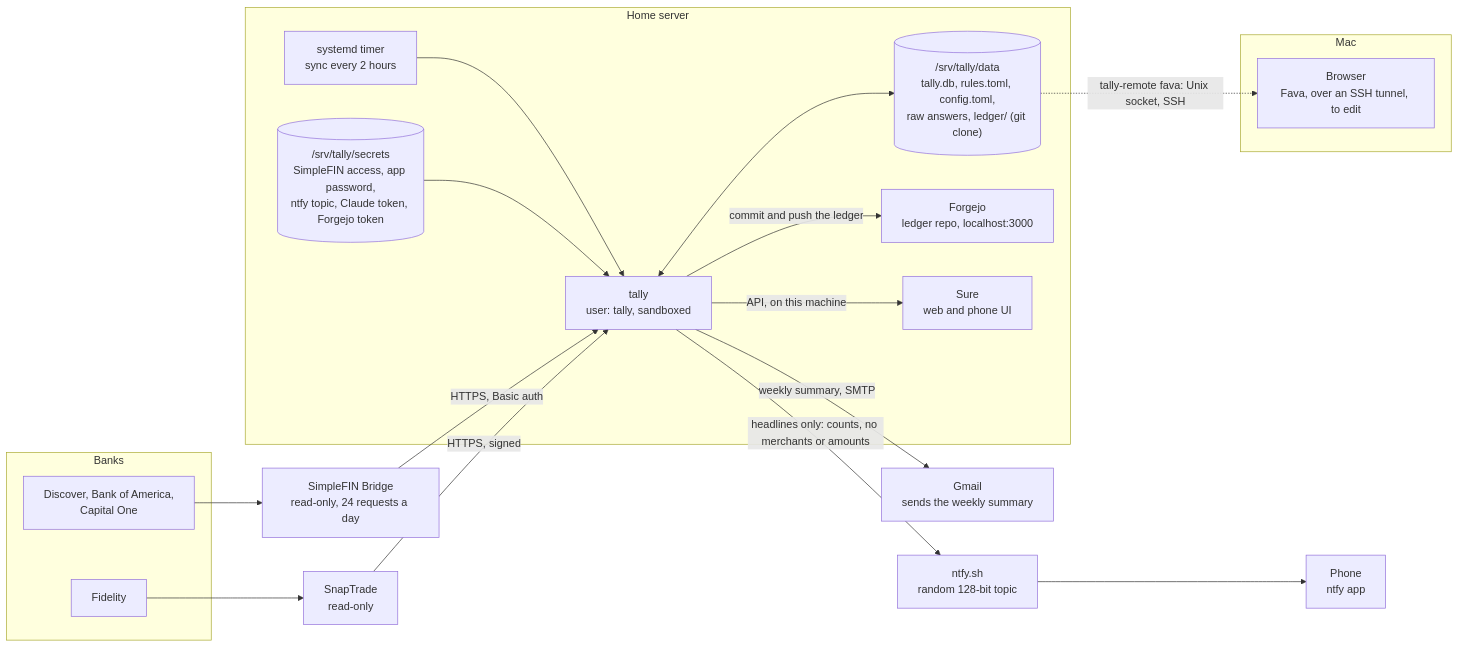
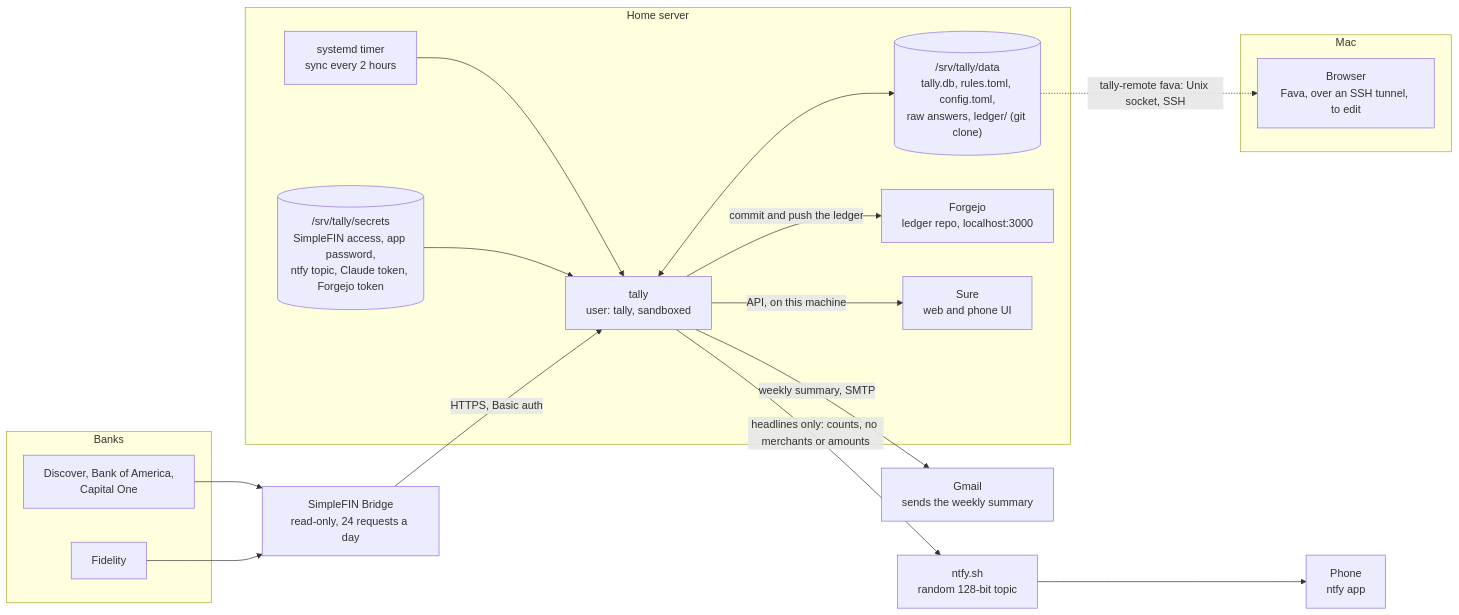
One commit to vmenon04/tally changed the first of 6 diagrams in docs/architecture.md. Above: the diagram before and after it, drawn with Mermaid. The commit also changed other lines of this file and 11 other files, not shown here.

Commit message:
Remove SnapTrade, now that SimpleFIN gives Fidelity's holdings

````diff
--- a/docs/architecture.md
+++ b/docs/architecture.md
@@ -11,41 +11,39 @@
 ```mermaid
 flowchart LR
     subgraph banks["Banks"]
         bank["Discover, Bank of America,<br/>Capital One"]
         fidelity["Fidelity"]
     end
 
     simplefin["SimpleFIN Bridge<br/>read-only, 24 requests a day"]
-    snaptrade["SnapTrade<br/>read-only"]
 
     subgraph server["Home server"]
         timer["systemd timer<br/>sync every 2 hours"]
         tally["tally<br/>user: tally, sandboxed"]
         data[("/srv/tally/data<br/>tally.db, rules.toml, config.toml,<br/>raw answers, ledger/ (git clone)")]
         secrets[("/srv/tally/secrets<br/>SimpleFIN access, app password,<br/>ntfy topic, Claude token, Forgejo token")]
         forgejo["Forgejo<br/>ledger repo, localhost:3000"]
         sure["Sure<br/>web and phone UI"]
     end
 
     subgraph mac["Mac"]
         fava_view["Browser<br/>Fava, over an SSH tunnel, to edit"]
     end
 
     gmail["Gmail<br/>sends the weekly summary"]
     ntfy["ntfy.sh<br/>random 128-bit topic"]
     phone["Phone<br/>ntfy app"]
 
     bank --> simplefin
-    fidelity --> snaptrade
+    fidelity --> simplefin
     timer --> tally
     simplefin -- "HTTPS, Basic auth" --> tally
-    snaptrade -- "HTTPS, signed" --> tally
     tally <--> data
     secrets --> tally
     tally -- "commit and push the ledger" --> forgejo
     tally -- "API, on this machine" --> sure
     data -. "tally-remote fava: Unix socket, SSH" .-> fava_view
     tally -- "weekly summary, SMTP" --> gmail
     tally -- "headlines only: counts, no merchants or amounts" --> ntfy
     ntfy --> phone
 ```
````
